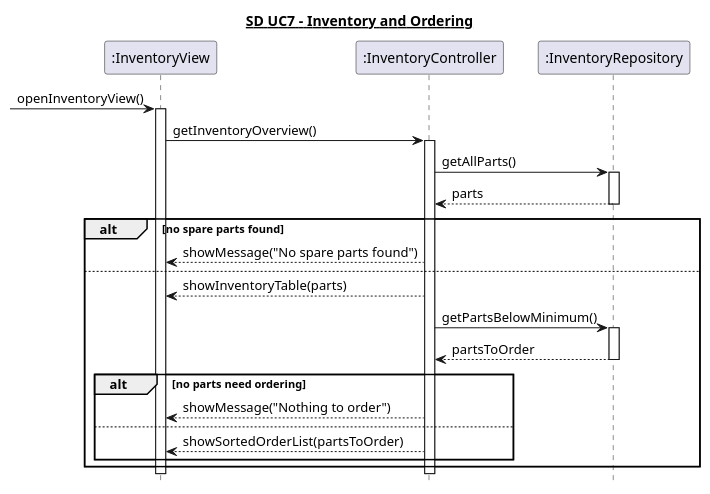
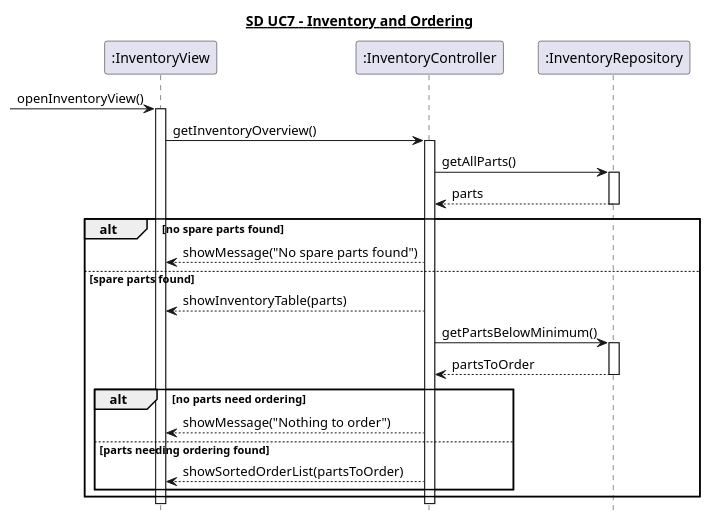
The diagram in 6. Sekvensdiagrammer/UC7_lager_og_bestilling.puml (Zoabz/Getting-Real), drawn with PlantUML before and after one commit. The commit also changed 15 other files, not shown here.

```diff
--- a/6. Sekvensdiagrammer/UC7_lager_og_bestilling.puml
+++ b/6. Sekvensdiagrammer/UC7_lager_og_bestilling.puml
@@ -1,42 +1,42 @@
 @startuml
 hide footbox
 title <U>SD UC7 - Inventory and Ordering
 
 participant ":InventoryView" as View
 participant ":InventoryController" as Controller
 participant ":InventoryRepository" as Repository
 
 [-> View : openInventoryView()
 activate View
 
 View -> Controller : getInventoryOverview()
 activate Controller
 
 Controller -> Repository : getAllParts()
 activate Repository
 Repository --> Controller : parts
 deactivate Repository
 
 alt no spare parts found
     Controller --> View : showMessage("No spare parts found")
 
-else 
+else spare parts found
     Controller --> View : showInventoryTable(parts)
 
     Controller -> Repository : getPartsBelowMinimum()
     activate Repository
     Repository --> Controller : partsToOrder
     deactivate Repository
 
     alt no parts need ordering
         Controller --> View : showMessage("Nothing to order")
 
-    else 
+    else parts needing ordering found
         Controller --> View : showSortedOrderList(partsToOrder)
     end
 end
 
 deactivate Controller
 deactivate View
 
 @enduml
```
